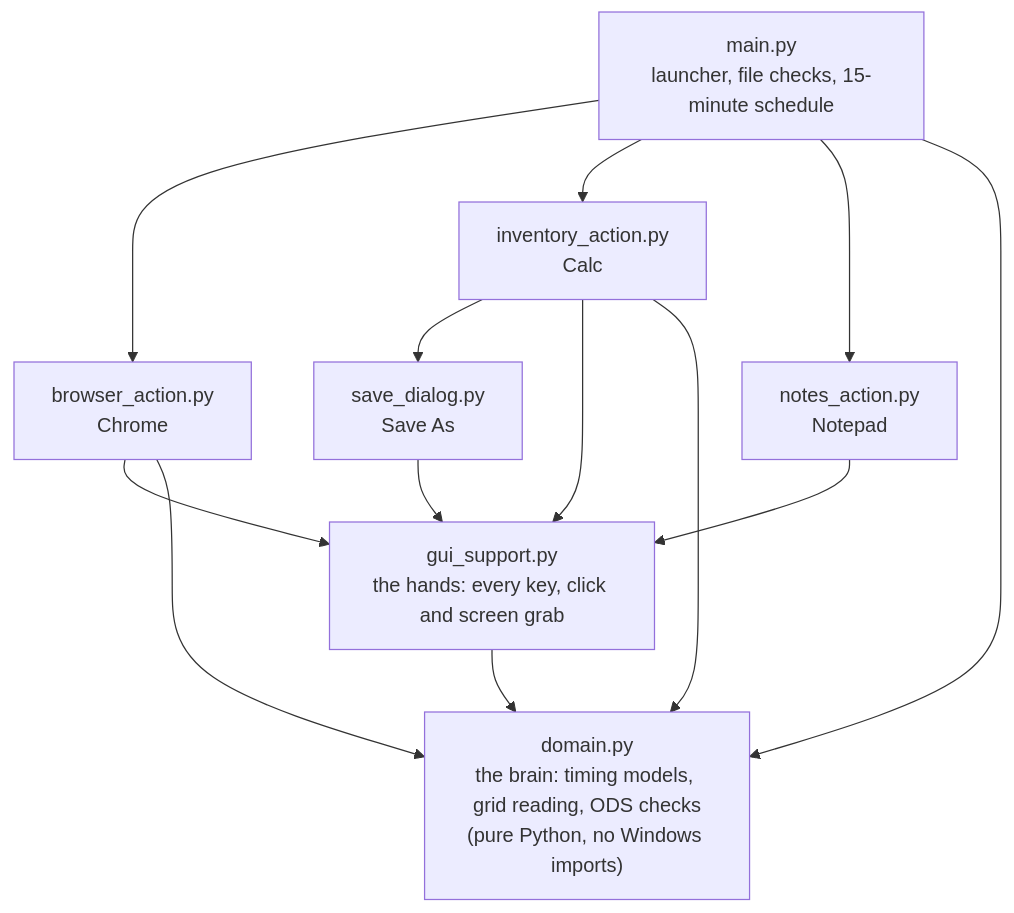
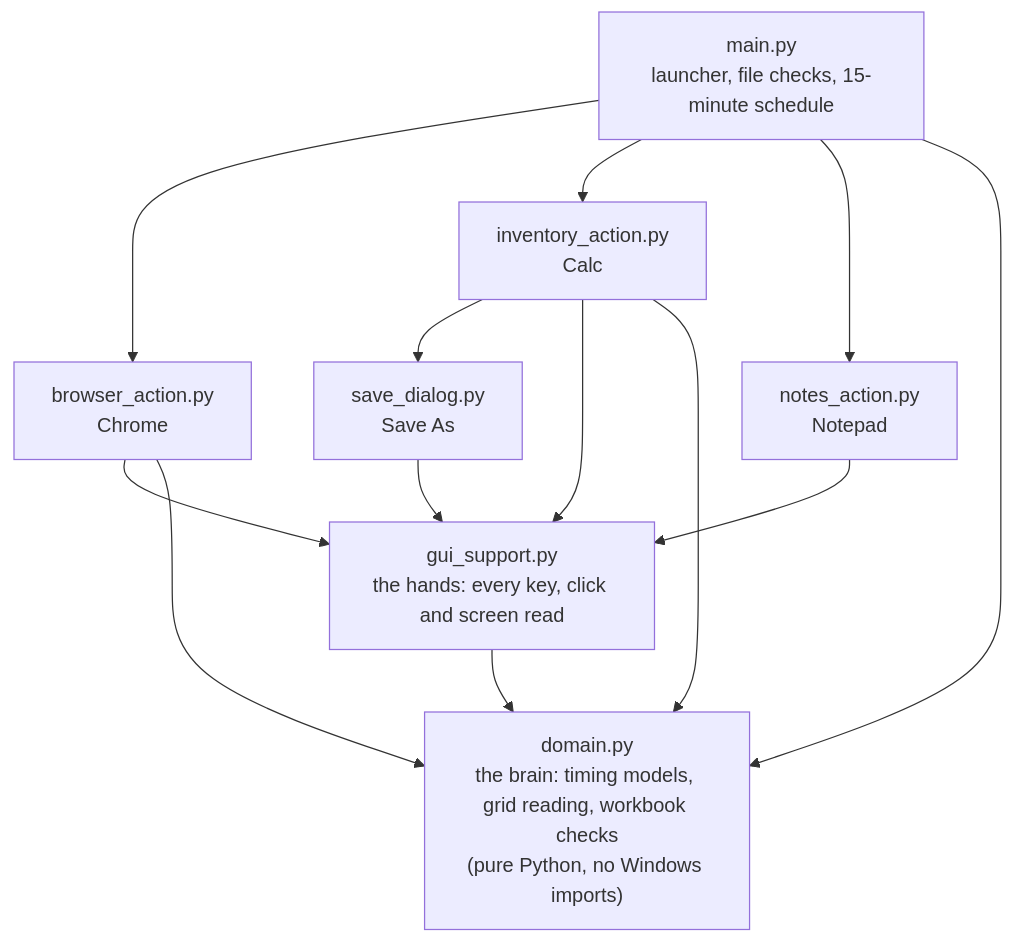
Before and after one commit to aniketmajee7-pixel/NTUxSTEng_Hackathon: the diagram in README.md, drawn with Mermaid. The commit also changed other lines of this file, not shown here.

````diff
--- a/README.md
+++ b/README.md
@@ -98,16 +123,16 @@
 ```mermaid
 flowchart TD
     M["main.py<br/>launcher, file checks, 15-minute schedule"] --> B["browser_action.py<br/>Chrome"]
     M --> I["inventory_action.py<br/>Calc"]
     M --> N["notes_action.py<br/>Notepad"]
     I --> S["save_dialog.py<br/>Save As"]
     B --> G
     I --> G
     N --> G
     S --> G
-    G["gui_support.py<br/>the hands: every key, click and screen grab"] --> D
+    G["gui_support.py<br/>the hands: every key, click and screen read"] --> D
     M --> D
     B --> D
     I --> D
-    D["domain.py<br/>the brain: timing models, grid reading, ODS checks<br/>(pure Python, no Windows imports)"]
+    D["domain.py<br/>the brain: timing models, grid reading, workbook checks<br/>(pure Python, no Windows imports)"]
 ```
````
